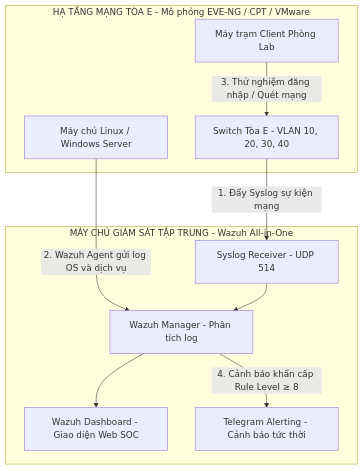
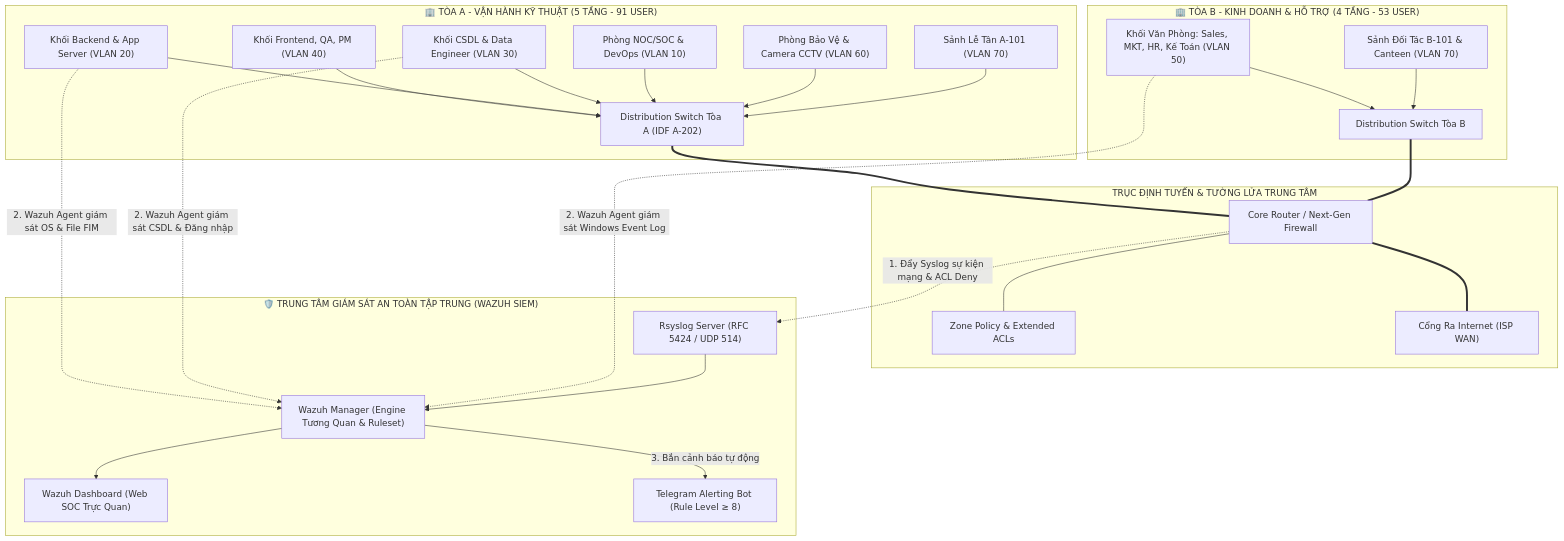
Before and after one commit to anhxuan2712/enterprise-network-security-monitoring: the second of 2 diagrams in README.md, drawn with Mermaid. The commit also changed other lines of this file and 1 other file, not shown here.

````diff
--- a/README.md
+++ b/README.md
@@ -36,23 +154,55 @@
 ```mermaid
 flowchart TB
-    subgraph LAN["HẠ TẦNG MẠNG TÒA E - Mô phỏng EVE-NG / CPT / VMware"]
-        SW["Switch Tòa E - VLAN 10, 20, 30, 40"]
-        SRV["Máy chủ Linux / Windows Server"]
-        CLI["Máy trạm Client Phòng Lab"]
+    subgraph TOA_A["🏢 TÒA A - VẬN HÀNH KỸ THUẬT (5 TẦNG - 91 USER)"]
+        SW_A["Distribution Switch Tòa A (IDF A-202)"]
+        DEV_FE["Khối Frontend, QA, PM (VLAN 40)"]
+        DEV_BE["Khối Backend & App Server (VLAN 20)"]
+        DB_ZONE["Khối CSDL & Data Engineer (VLAN 30)"]
+        SOC_ZONE["Phòng NOC/SOC & DevOps (VLAN 10)"]
+        CAM_A["Phòng Bảo Vệ & Camera CCTV (VLAN 60)"]
+        GUEST_A["Sảnh Lễ Tân A-101 (VLAN 70)"]
     end
 
-    subgraph SIEM["MÁY CHỦ GIÁM SÁT TẬP TRUNG - Wazuh All-in-One"]
-        RSYS["Syslog Receiver - UDP 514"]
-        WZMGR["Wazuh Manager - Phân tích log"]
-        WZDB["Wazuh Dashboard - Giao diện Web SOC"]
-        BOT["Telegram Alerting - Cảnh báo tức thời"]
+    subgraph TOA_B["🏢 TÒA B - KINH DOANH & HỖ TRỢ (4 TẦNG - 53 USER)"]
+        SW_B["Distribution Switch Tòa B"]
+        OFFICE_B["Khối Văn Phòng: Sales, MKT, HR, Kế Toán (VLAN 50)"]
+        GUEST_B["Sảnh Đối Tác B-101 & Canteen (VLAN 70)"]
     end
 
-    SW -->|1. Đẩy Syslog sự kiện mạng| RSYS
-    SRV -->|2. Wazuh Agent gửi log OS và dịch vụ| WZMGR
-    CLI -->|3. Thử nghiệm đăng nhập / Quét mạng| SW
+    subgraph CORE_SECURITY["TRỤC ĐỊNH TUYẾN & TƯỜNG LỬA TRUNG TÂM"]
+        CORE_FW["Core Router / Next-Gen Firewall"]
+        ACL_MATRIX["Zone Policy & Extended ACLs"]
+        INET["Cổng Ra Internet (ISP WAN)"]
+    end
+
+    subgraph SIEM_SOC_CENTER["🛡️ TRUNG TÂM GIÁM SÁT AN TOÀN TẬP TRUNG (WAZUH SIEM)"]
+        RSYS["Rsyslog Server (RFC 5424 / UDP 514)"]
+        WZMGR["Wazuh Manager (Engine Tương Quan & Ruleset)"]
+        WZDB["Wazuh Dashboard (Web SOC Trực Quan)"]
+        TELEBOT["Telegram Alerting Bot (Rule Level ≥ 8)"]
+    end
+
+    DEV_FE --> SW_A
+    DEV_BE --> SW_A
+    DB_ZONE --> SW_A
+    SOC_ZONE --> SW_A
+    CAM_A --> SW_A
+    GUEST_A --> SW_A
+
+    OFFICE_B --> SW_B
+    GUEST_B --> SW_B
+
+    SW_A === CORE_FW
+    SW_B === CORE_FW
+    CORE_FW --- ACL_MATRIX
+    CORE_FW === INET
+
+    CORE_FW -.->|1. Đẩy Syslog sự kiện mạng & ACL Deny| RSYS
+    DEV_BE -.->|2. Wazuh Agent giám sát OS & File FIM| WZMGR
+    DB_ZONE -.->|2. Wazuh Agent giám sát CSDL & Đăng nhập| WZMGR
+    OFFICE_B -.->|2. Wazuh Agent giám sát Windows Event Log| WZMGR
 
     RSYS --> WZMGR
     WZMGR --> WZDB
-    WZMGR -->|4. Cảnh báo khẩn cấp Rule Level ≥ 8| BOT
+    WZMGR -->|3. Bắn cảnh báo tự động| TELEBOT
 ```
````
